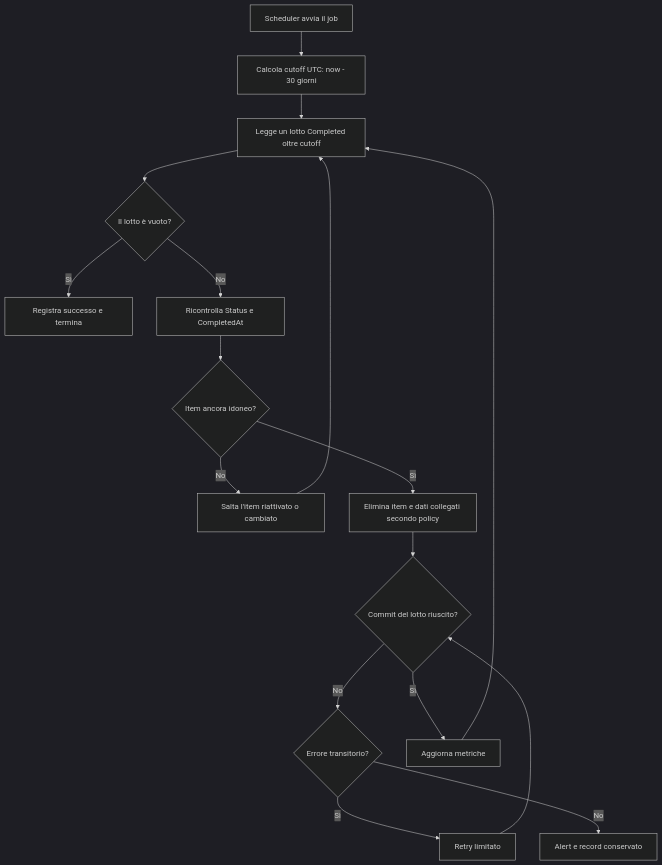
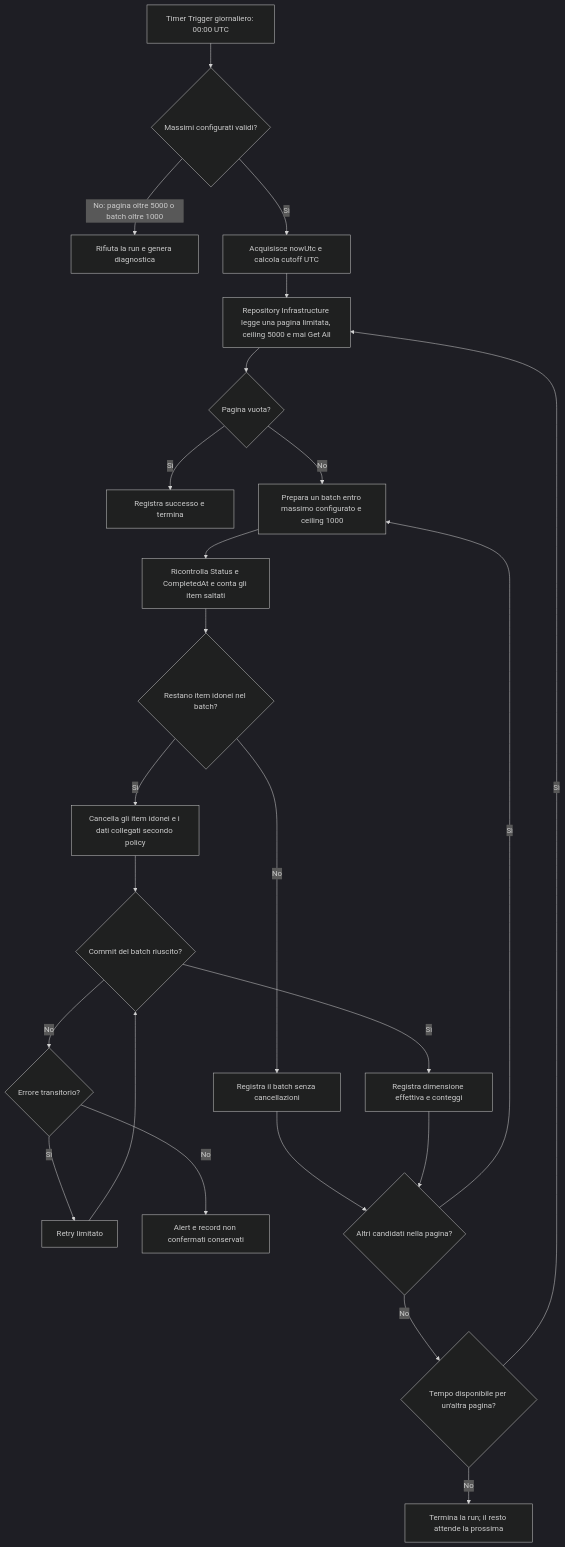
The diagram in docs/kinlist/research/tasks/completed-item-retention/research.md (martinabruni/DA.KinHub), drawn with Mermaid (dark theme) before and after one commit. The commit also changed other lines of this file and 17 other files, not shown here.

````diff
--- a/docs/kinlist/research/tasks/completed-item-retention/research.md
+++ b/docs/kinlist/research/tasks/completed-item-retention/research.md
@@ -90,19 +106,26 @@
 ```mermaid
 flowchart TD
-    A["Scheduler avvia il job"] --> B["Calcola cutoff UTC: now - 30 giorni"]
-    B --> C["Legge un lotto Completed oltre cutoff"]
-    C --> D{"Il lotto è vuoto?"}
-    D -- Sì --> E["Registra successo e termina"]
-    D -- No --> F["Ricontrolla Status e CompletedAt"]
-    F --> G{"Item ancora idoneo?"}
-    G -- No --> H["Salta l'item riattivato o cambiato"]
-    G -- Sì --> I["Elimina item e dati collegati secondo policy"]
-    I --> J{"Commit del lotto riuscito?"}
-    J -- No --> K{"Errore transitorio?"}
-    K -- Sì --> L["Retry limitato"]
-    K -- No --> M["Alert e record conservato"]
-    J -- Sì --> N["Aggiorna metriche"]
-    H --> C
-    L --> J
-    N --> C
+    A["Timer Trigger giornaliero: 00:00 UTC"] --> B{"Massimi configurati validi?"}
+    B -- "No: pagina oltre 5000 o batch oltre 1000" --> C["Rifiuta la run e genera diagnostica"]
+    B -- Sì --> D["Acquisisce nowUtc e calcola cutoff UTC"]
+    D --> E["Repository Infrastructure legge una pagina limitata, ceiling 5000 e mai Get All"]
+    E --> F{"Pagina vuota?"}
+    F -- Sì --> G["Registra successo e termina"]
+    F -- No --> H["Prepara un batch entro massimo configurato e ceiling 1000"]
+    H --> I["Ricontrolla Status e CompletedAt e conta gli item saltati"]
+    I --> J{"Restano item idonei nel batch?"}
+    J -- No --> K["Registra il batch senza cancellazioni"]
+    J -- Sì --> L["Cancella gli item idonei e i dati collegati secondo policy"]
+    L --> M{"Commit del batch riuscito?"}
+    M -- No --> N{"Errore transitorio?"}
+    N -- Sì --> O["Retry limitato"]
+    N -- No --> P["Alert e record non confermati conservati"]
+    M -- Sì --> Q["Registra dimensione effettiva e conteggi"]
+    O --> M
+    K --> R{"Altri candidati nella pagina?"}
+    Q --> R
+    R -- Sì --> H
+    R -- No --> S{"Tempo disponibile per un'altra pagina?"}
+    S -- Sì --> E
+    S -- No --> T["Termina la run; il resto attende la prossima"]
 ```
````
